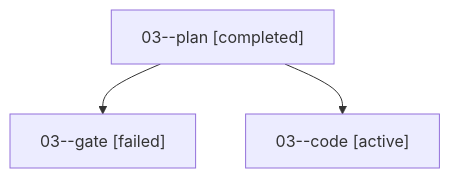
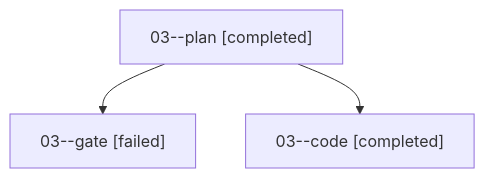
One commit to sase-org/sase--agents changed the diagram in sessions/bbugyi200.apollo.03.md. Above: the diagram before and after it, drawn with Mermaid. The commit also changed other lines of this file and 56 other files, not shown here.

````diff
--- a/sessions/bbugyi200.apollo.03.md
+++ b/sessions/bbugyi200.apollo.03.md
@@ -9,8 +9,8 @@
 ```mermaid
 flowchart TD
   n0["03--plan [completed]"]
   n1["03--gate [failed]"]
   n0 --> n1
-  n2["03--code [active]"]
+  n2["03--code [completed]"]
   n0 --> n2
 ```
````
